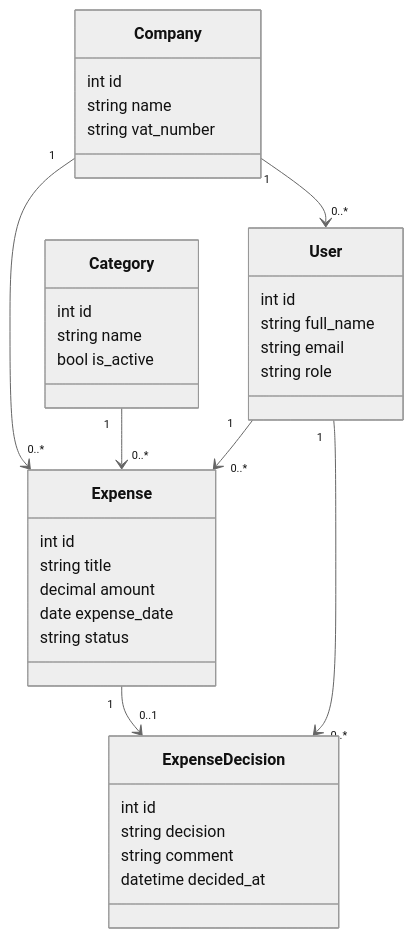
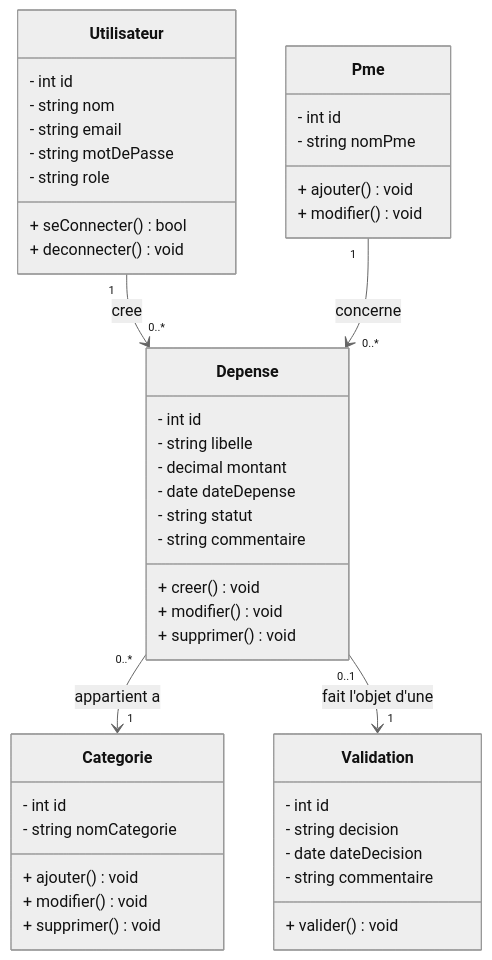
One commit to Khaaoulaaa/FinSmart changed the first of 3 diagrams in livrables/dossier-projet.md. Above: the diagram before and after it, drawn with Mermaid (neutral theme). The commit also changed other lines of this file, not shown here.

Commit message:
docs: align project dossier with diagrams

````diff
--- a/livrables/dossier-projet.md
+++ b/livrables/dossier-projet.md
@@ -293,43 +255,52 @@
 ```mermaid
 classDiagram
-    class Company {
-        int id
-        string name
-        string vat_number
+    class Utilisateur {
+        - int id
+        - string nom
+        - string email
+        - string motDePasse
+        - string role
+        + seConnecter() bool
+        + deconnecter() void
     }
 
-    class User {
-        int id
-        string full_name
-        string email
-        string role
+    class Pme {
+        - int id
+        - string nomPme
+        + ajouter() void
+        + modifier() void
     }
 
-    class Category {
-        int id
-        string name
-        bool is_active
+    class Depense {
+        - int id
+        - string libelle
+        - decimal montant
+        - date dateDepense
+        - string statut
+        - string commentaire
+        + creer() void
+        + modifier() void
+        + supprimer() void
     }
 
-    class Expense {
-        int id
-        string title
-        decimal amount
-        date expense_date
-        string status
+    class Categorie {
+        - int id
+        - string nomCategorie
+        + ajouter() void
+        + modifier() void
+        + supprimer() void
     }
 
-    class ExpenseDecision {
-        int id
-        string decision
-        string comment
-        datetime decided_at
+    class Validation {
+        - int id
+        - string decision
+        - date dateDecision
+        - string commentaire
+        + valider() void
     }
 
-    Company "1" --> "0..*" User
-    Company "1" --> "0..*" Expense
-    Category "1" --> "0..*" Expense
-    User "1" --> "0..*" Expense
-    Expense "1" --> "0..1" ExpenseDecision
-    User "1" --> "0..*" ExpenseDecision
+    Utilisateur "1" --> "0..*" Depense : cree
+    Pme "1" --> "0..*" Depense : concerne
+    Depense "0..*" --> "1" Categorie : appartient a
+    Depense "0..1" --> "1" Validation : fait l'objet d'une
 ```
````
